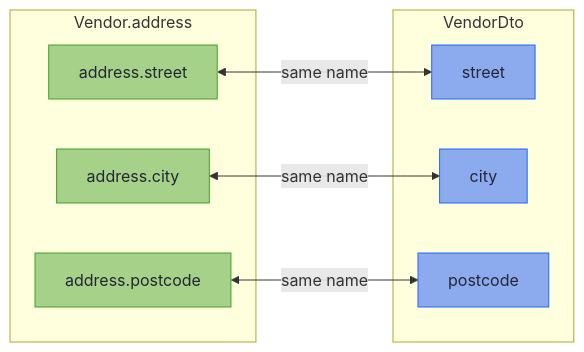
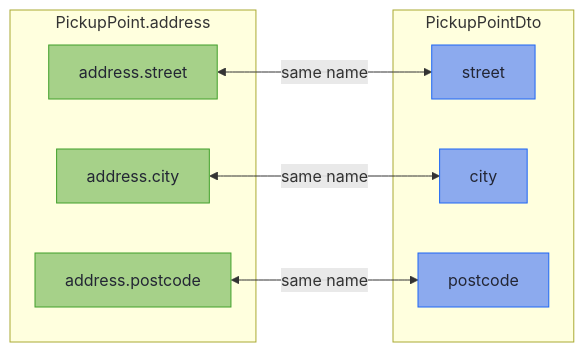
The second of 3 diagrams in hkj-book/src/mapping/structure.md (higher-kinded-j/higher-kinded-j), drawn with Mermaid before and after one commit. The commit also changed other lines of this file and 21 other files, not shown here.

````diff
--- a/hkj-book/src/mapping/structure.md
+++ b/hkj-book/src/mapping/structure.md
@@ -218,23 +218,23 @@
 ```mermaid
 flowchart LR
     accTitle: A flattened address
-    accDescr: Each member of the domain's Address record, address.street, address.city and address.postcode, pairs by name with the flat VendorDto field of the same name.
-    subgraph D["Vendor.address"]
+    accDescr: Each member of the domain's Address record, address.street, address.city and address.postcode, pairs by name with the flat PickupPointDto field of the same name.
+    subgraph D["PickupPoint.address"]
         AS["address.street"]
         AC["address.city"]
         AP["address.postcode"]
     end
-    subgraph W["VendorDto"]
+    subgraph W["PickupPointDto"]
         S["street"]
         C["city"]
         P["postcode"]
     end
     AS <-->|same name| S
     AC <-->|same name| C
     AP <-->|same name| P
 
     classDef domain fill:#a6d189,stroke:#40a02b,color:#232634
     classDef wire fill:#8caaee,stroke:#1e66f5,color:#232634
     class AS,AC,AP domain
     class S,C,P wire
 ```
````
